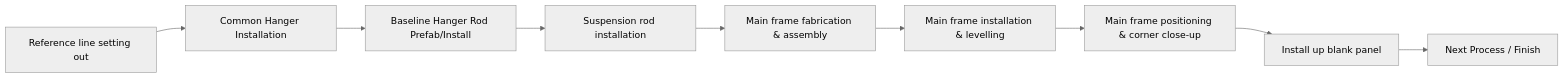
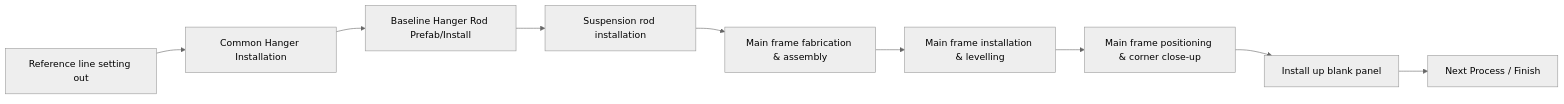
Before and after one commit to Asy508/Construction: the second of 2 diagrams in Notebook/t-grid.md, drawn with Mermaid (neutral theme).

````diff
--- a/Notebook/t-grid.md
+++ b/Notebook/t-grid.md
@@ -39,23 +39,24 @@
 ```mermaid
 flowchart LR
     %% Row 1 (Left to Right)
     A[Reference line setting out] --> B[Common Hanger Installation]
     B --> C[Baseline Hanger Rod Prefab/Install]
     
     %% Connect Row 1 to Row 2
     C --> D[Suspension rod installation]
     
     %% Row 2 (Right to Left visual flow)
     D --> E[Main frame fabrication & assembly]
     E --> F[Main frame installation & levelling]
     
     %% Connect Row 2 to Row 3
     F --> G[Main frame positioning & corner close-up]
     
     %% Row 3 (Left to Right visual flow)
     G --> H[Install up blank panel]
     H --> I[Next Process / Finish]
 
     %% CRITICAL: Invisible vertical links to lock into a 3x3 grid layout
+    E~~~B
     H~~~A
 ```
````
